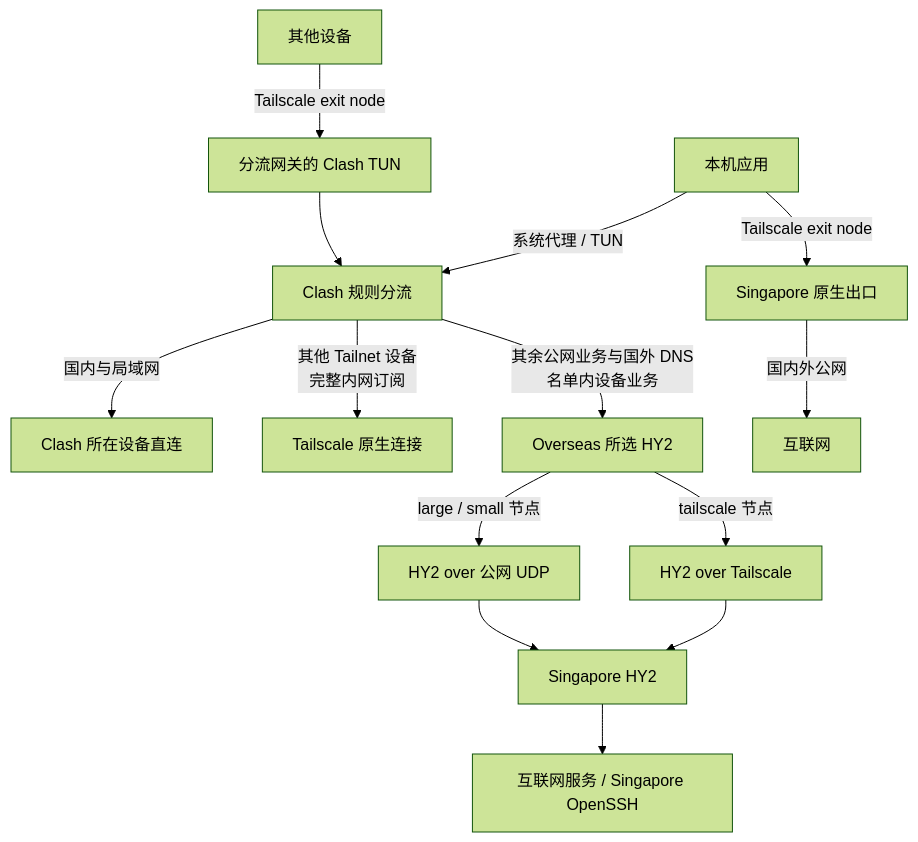
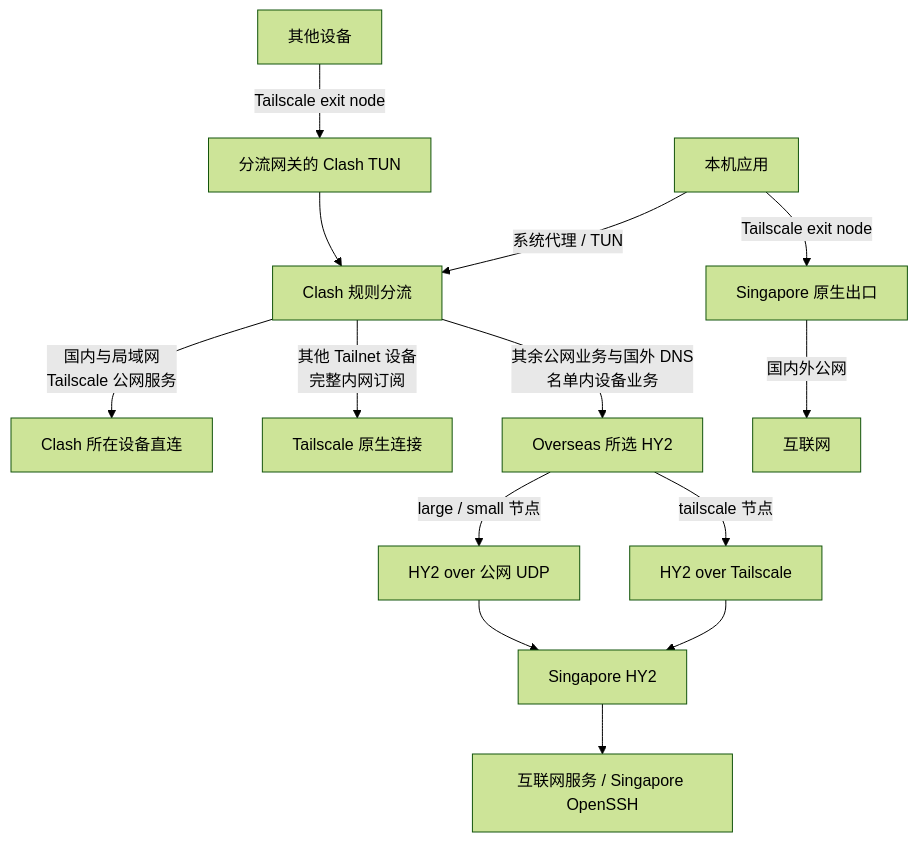
The diagram in topics/network/main.md (LeisureGensoul/notes), drawn with Mermaid (forest theme) before and after one commit. The commit also changed other lines of this file and 2 other files, not shown here.

Commit message:
[topic] network : fix Tailscale startup routing and DNS

````diff
--- a/topics/network/main.md
+++ b/topics/network/main.md
@@ -5,19 +5,19 @@
 ```mermaid
 flowchart TB
     app["本机应用"] -->|"系统代理 / TUN"| rules["Clash 规则分流"]
     peer["其他设备"] -->|"Tailscale exit node"| gateway["分流网关的 Clash TUN"]
     gateway --> rules
 
-    rules -->|"国内与局域网"| direct["Clash 所在设备直连"]
+    rules -->|"国内与局域网<br/>Tailscale 公网服务"| direct["Clash 所在设备直连"]
     rules -->|"其他 Tailnet 设备<br/>完整内网订阅"| native["Tailscale 原生连接"]
     rules -->|"其余公网业务与国外 DNS<br/>名单内设备业务"| selected["Overseas 所选 HY2"]
 
     selected -->|"tailscale 节点"| wrapped["HY2 over Tailscale"]
     selected -->|"large / small 节点"| public["HY2 over 公网 UDP"]
     wrapped --> server["Singapore HY2"]
     public --> server
     server --> target["互联网服务 / Singapore OpenSSH"]
 
     app -->|"Tailscale exit node"| exit["Singapore 原生出口"]
     exit -->|"国内外公网"| internet["互联网"]
 ```
````
